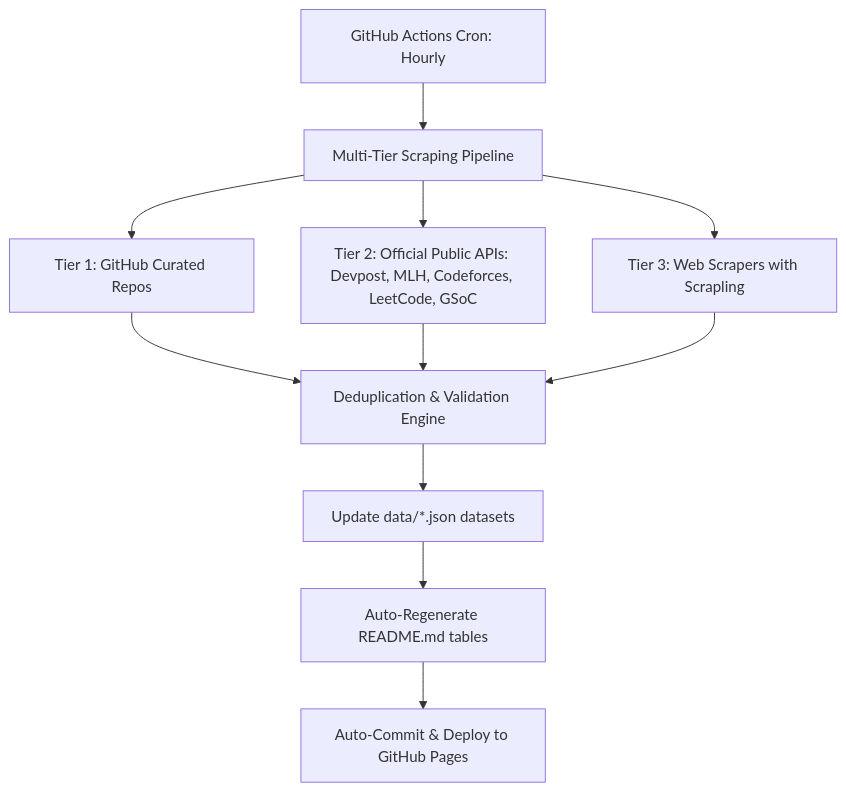
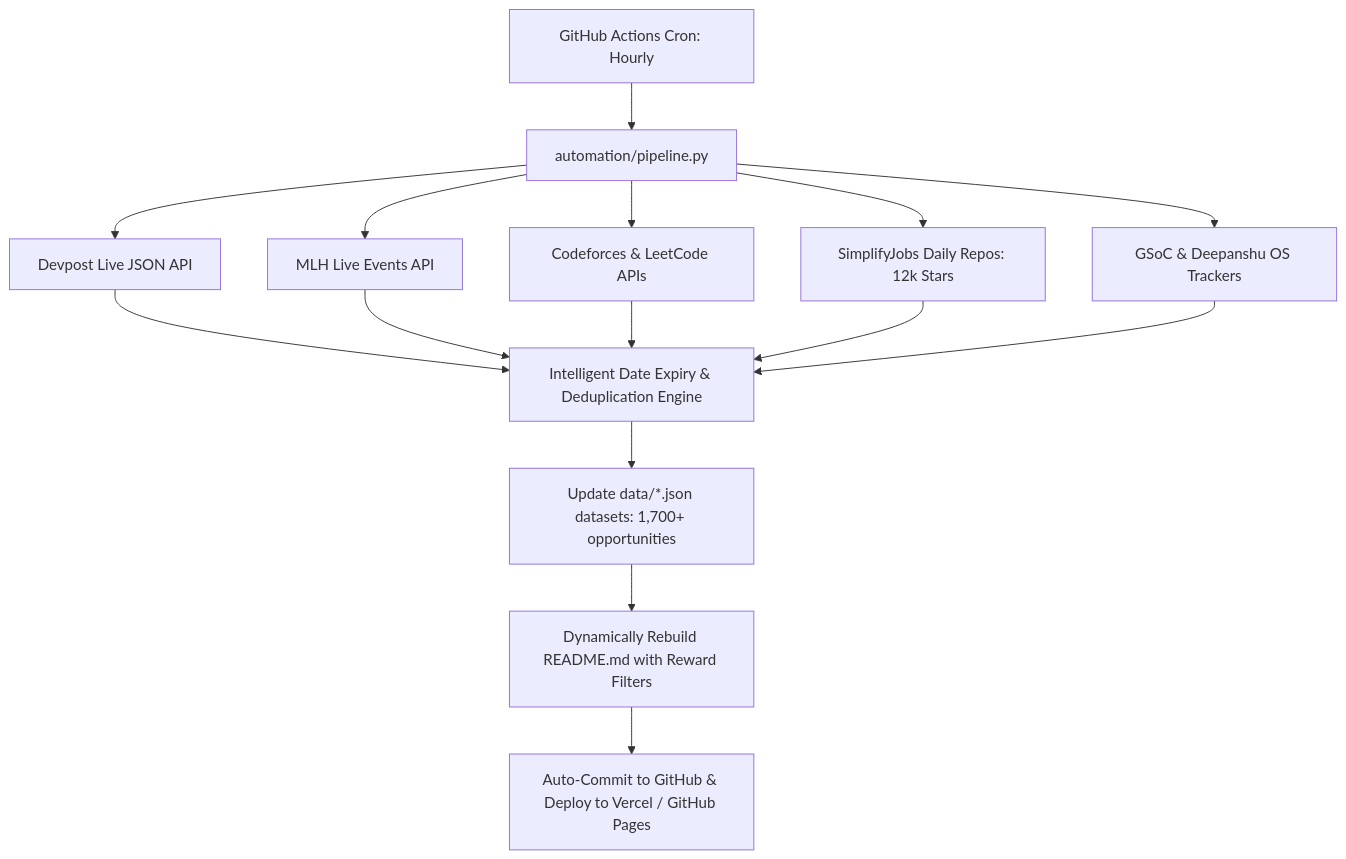
Before and after one commit to harir03/all-tech-inoneplace: the diagram in README.md, drawn with Mermaid. The commit also changed other lines of this file and 4 other files, not shown here.

Commit message:
feat(vercel): Add vercel.json configuration, multi-path fallback, and dynamic reward-based prize filters in README.md

````diff
--- a/README.md
+++ b/README.md
@@ -151,13 +215,13 @@
 ```mermaid
 graph TD
-    A[GitHub Actions Cron: Hourly] --> B[Multi-Tier Scraping Pipeline]
-    B --> C1[Tier 1: GitHub Curated Repos]
-    B --> C2[Tier 2: Official Public APIs: Devpost, MLH, Codeforces, LeetCode, GSoC]
-    B --> C3[Tier 3: Web Scrapers with Scrapling]
-    C1 --> D[Deduplication & Validation Engine]
-    C2 --> D
-    C3 --> D
-    D --> E[Update data/*.json datasets]
-    E --> F[Auto-Regenerate README.md tables]
-    F --> G[Auto-Commit & Deploy to GitHub Pages]
+    A[GitHub Actions Cron: Hourly] --> B[automation/pipeline.py]
+    B --> C1[Devpost Live JSON API]
+    B --> C2[MLH Live Events API]
+    B --> C3[Codeforces & LeetCode APIs]
+    B --> C4[SimplifyJobs Daily Repos: 12k Stars]
+    B --> C5[GSoC & Deepanshu OS Trackers]
+    C1 & C2 & C3 & C4 & C5 --> D[Intelligent Date Expiry & Deduplication Engine]
+    D --> E[Update data/*.json datasets: 1,700+ opportunities]
+    E --> F[Dynamically Rebuild README.md with Reward Filters]
+    F --> G[Auto-Commit to GitHub & Deploy to Vercel / GitHub Pages]
 ```
````
